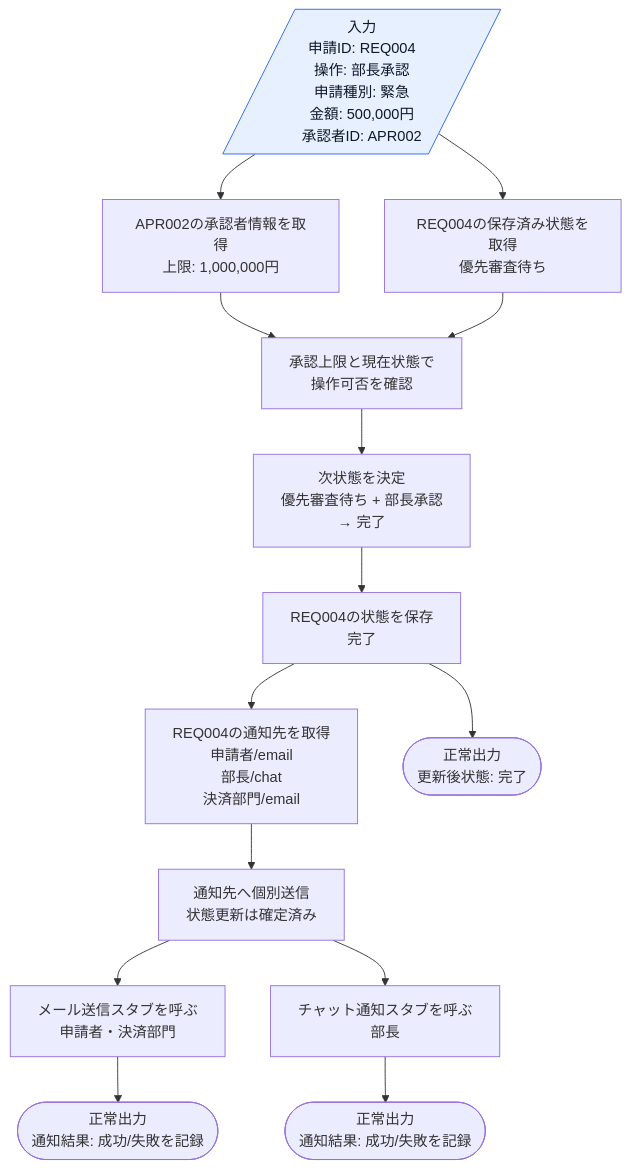
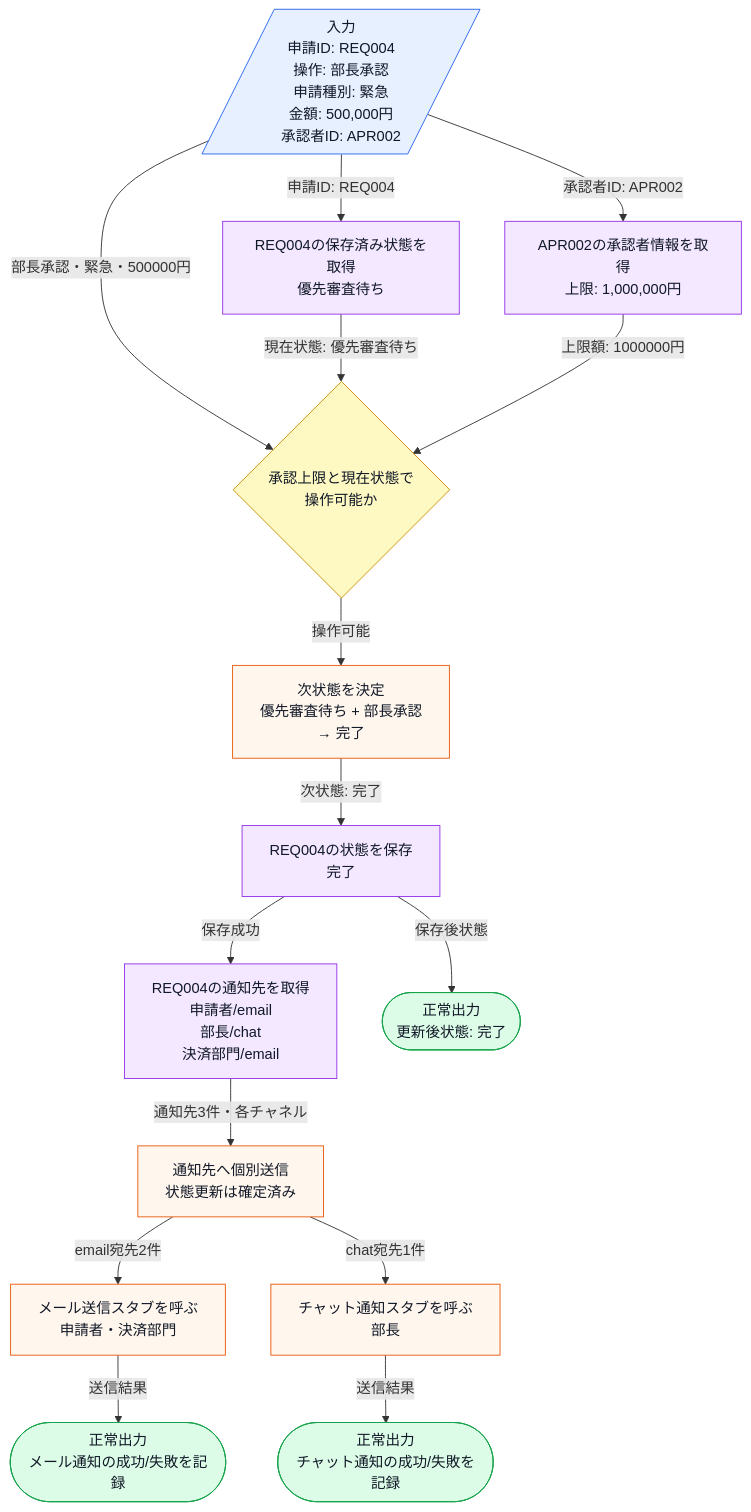
The eighth of 17 diagrams in kindle/design-patterns/output/chapter12.md (kumachan1101-pixel/DesignPattern), drawn with Mermaid before and after one commit. The commit also changed other lines of this file and 3 other files, not shown here.

Commit message:
docs: revise chapters 11 and 12 review flow

````diff
--- a/kindle/design-patterns/output/chapter12.md
+++ b/kindle/design-patterns/output/chapter12.md
@@ -605,22 +647,37 @@
 ```mermaid
 flowchart TD
     A[/入力<br>申請ID: REQ004<br>操作: 部長承認<br>申請種別: 緊急<br>金額: 500,000円<br>承認者ID: APR002/]:::input
-    A --> B[REQ004の保存済み状態を取得<br>優先審査待ち]
-    A --> C[APR002の承認者情報を取得<br>上限: 1,000,000円]
-    C --> D[承認上限と現在状態で<br>操作可否を確認]
-    B --> D
-    D --> F[次状態を決定<br>優先審査待ち + 部長承認<br>→ 完了]
-    F --> G[REQ004の状態を保存<br>完了]
-    G --> H[REQ004の通知先を取得<br>申請者/email<br>部長/chat<br>決済部門/email]
-    H --> Q[通知先へ個別送信<br>状態更新は確定済み]
-    Q --> I[メール送信スタブを呼ぶ<br>申請者・決済部門]
-    Q --> J[チャット通知スタブを呼ぶ<br>部長]
-    G --> K([正常出力<br>更新後状態: 完了])
-    I --> L([正常出力<br>通知結果: 成功/失敗を記録])
-    J --> M([正常出力<br>通知結果: 成功/失敗を記録])
+    B[REQ004の保存済み状態を取得<br>優先審査待ち]:::data
+    C[APR002の承認者情報を取得<br>上限: 1,000,000円]:::data
+    D{承認上限と現在状態で<br>操作可能か}:::decision
+    F[次状態を決定<br>優先審査待ち + 部長承認<br>→ 完了]:::process
+    G[REQ004の状態を保存<br>完了]:::data
+    H[REQ004の通知先を取得<br>申請者/email<br>部長/chat<br>決済部門/email]:::data
+    Q[通知先へ個別送信<br>状態更新は確定済み]:::process
+    I[メール送信スタブを呼ぶ<br>申請者・決済部門]:::process
+    J[チャット通知スタブを呼ぶ<br>部長]:::process
+    K([正常出力<br>更新後状態: 完了]):::normal
+    L([正常出力<br>メール通知の成功/失敗を記録]):::normal
+    M([正常出力<br>チャット通知の成功/失敗を記録]):::normal
+
+    A -->|"申請ID: REQ004"| B
+    A -->|"承認者ID: APR002"| C
+    A -->|"部長承認・緊急・500000円"| D
+    B -->|"現在状態: 優先審査待ち"| D
+    C -->|"上限額: 1000000円"| D
+    D -->|"操作可能"| F
+    F -->|"次状態: 完了"| G
+    G -->|"保存成功"| H
+    H -->|"通知先3件・各チャネル"| Q
+    Q -->|"email宛先2件"| I
+    Q -->|"chat宛先1件"| J
+    G -->|"保存後状態"| K
+    I -->|"送信結果"| L
+    J -->|"送信結果"| M
 
     classDef input fill:#e7f0ff,stroke:#2563eb,color:#111827;
     classDef process fill:#fff7ed,stroke:#ea580c,color:#111827;
     classDef decision fill:#fef9c3,stroke:#ca8a04,color:#111827;
+    classDef data fill:#f3e8ff,stroke:#9333ea,color:#111827;
     classDef normal fill:#dcfce7,stroke:#16a34a,color:#111827;
 ```
````
